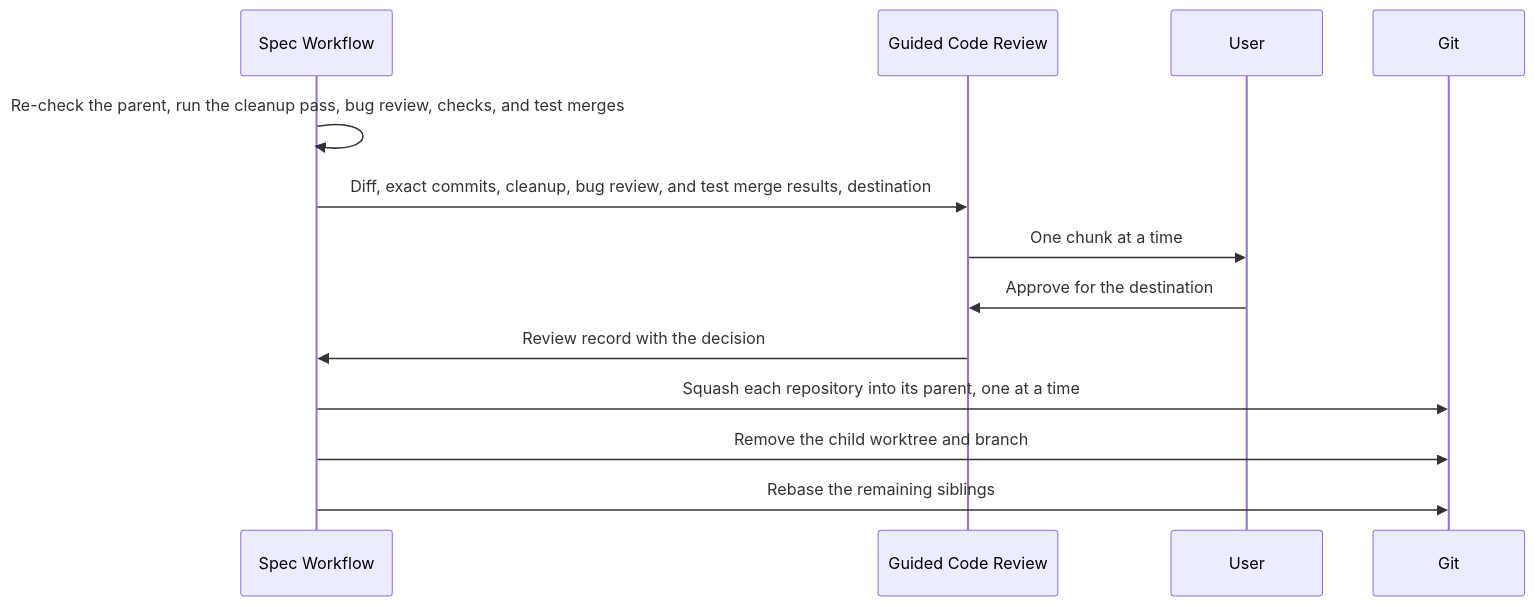
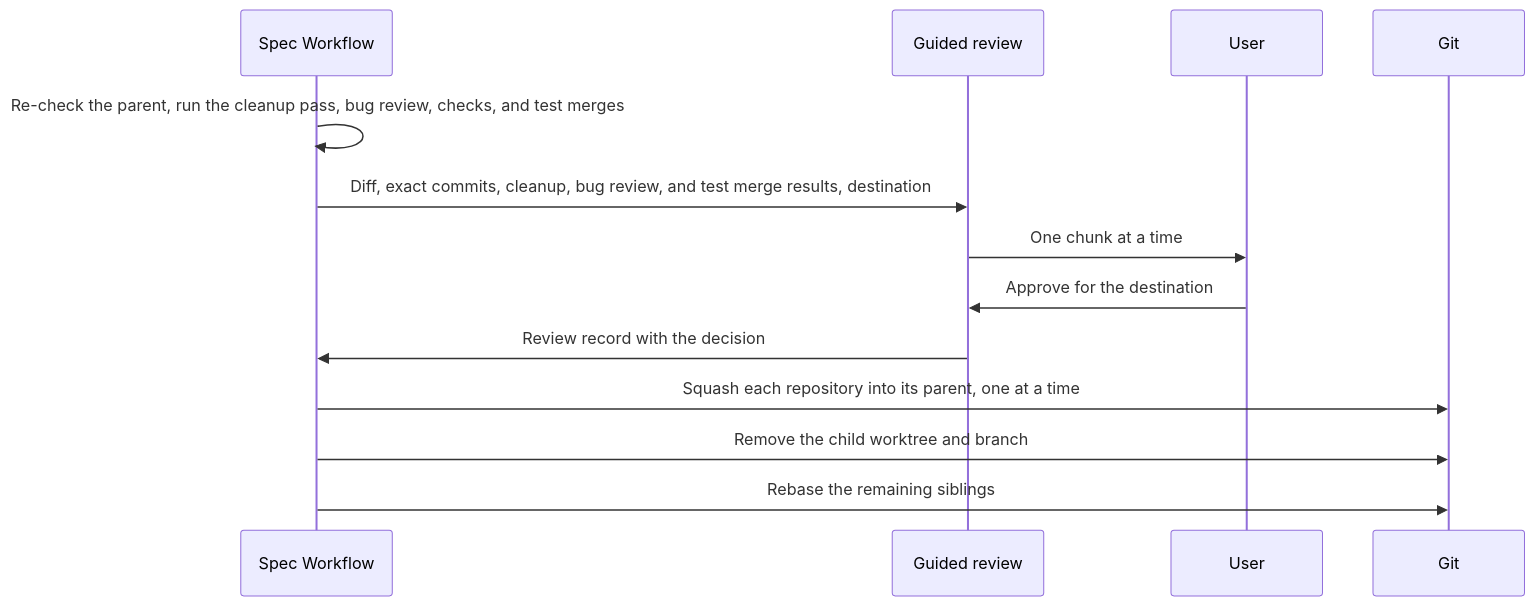
One commit to fsw0422/.ksp changed the seventh of 11 diagrams in skills/spec-workflow/SKILL.md. Above: the diagram before and after it, drawn with Mermaid. The commit also changed other lines of this file and 8 other files, not shown here.

First line of the commit message:
Spec Workflow: merge in the guided review and limit bug review reruns

````diff
--- a/skills/spec-workflow/SKILL.md
+++ b/skills/spec-workflow/SKILL.md
@@ -325,15 +326,15 @@
 ```mermaid
 sequenceDiagram
     participant W as Spec Workflow
-    participant R as Guided Code Review
+    participant R as Guided review
     participant U as User
     participant G as Git
     W->>W: Re-check the parent, run the cleanup pass, bug review, checks, and test merges
     W->>R: Diff, exact commits, cleanup, bug review, and test merge results, destination
     R->>U: One chunk at a time
     U->>R: Approve for the destination
     R->>W: Review record with the decision
     W->>G: Squash each repository into its parent, one at a time
     W->>G: Remove the child worktree and branch
     W->>G: Rebase the remaining siblings
 ```
````
